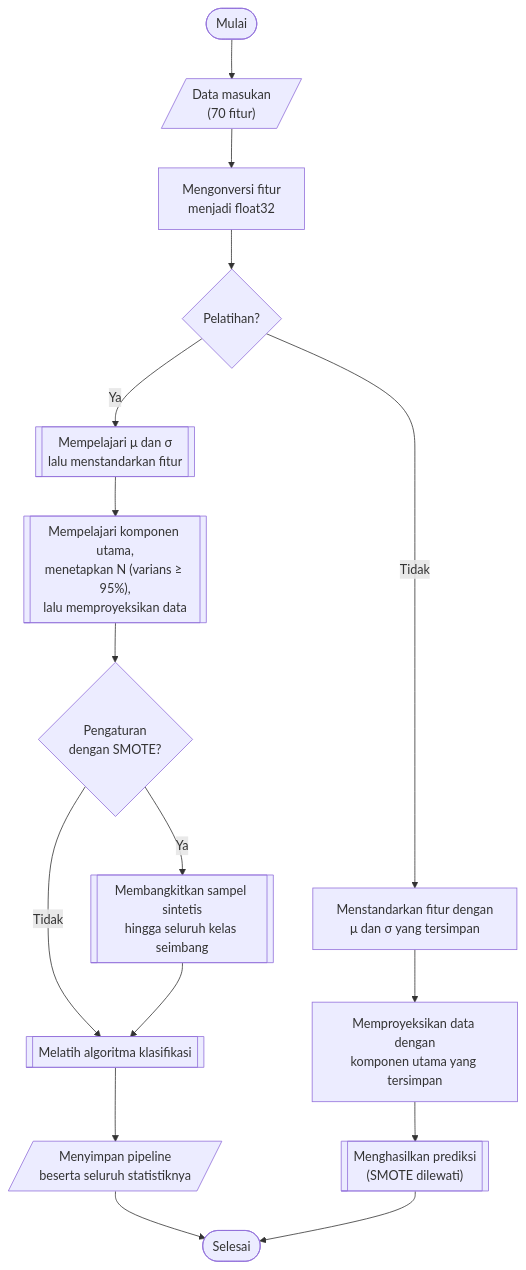
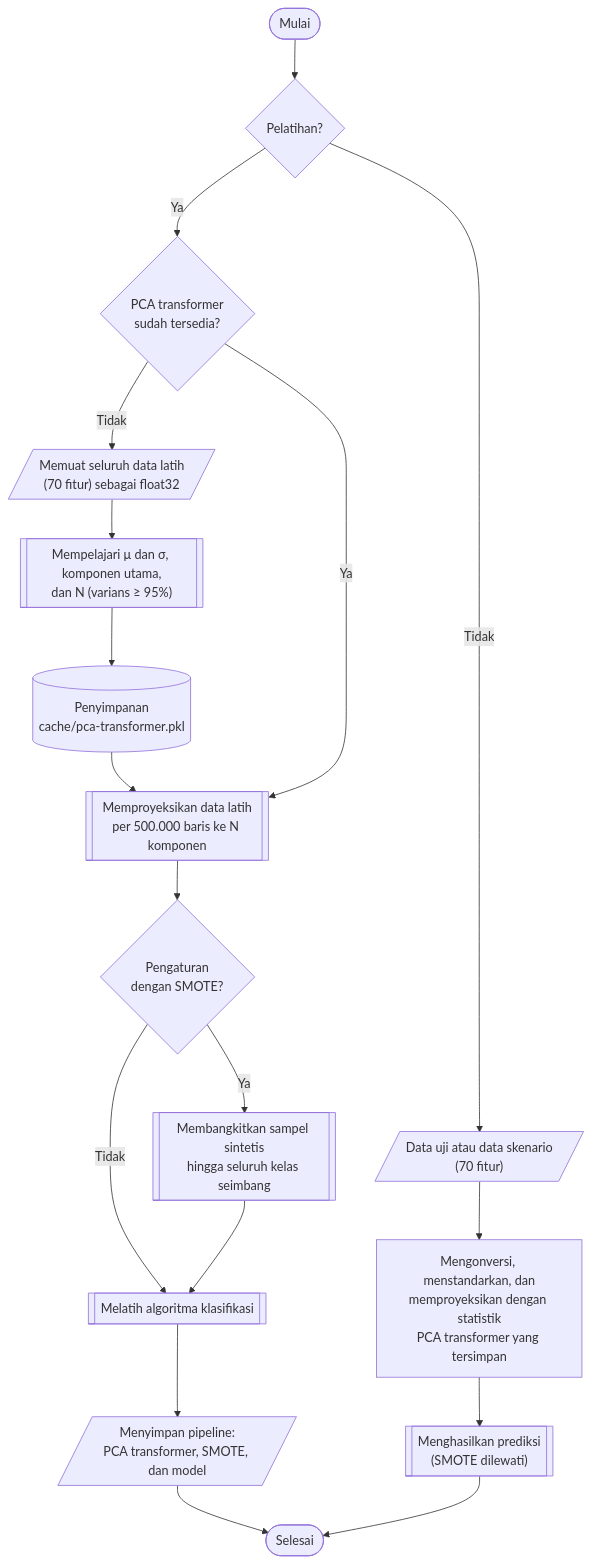
The diagram in thesis/04_bab_04/07_pipeline_praproses.md (JoxNeis/mlids-robustness), drawn with Mermaid before and after one commit. The commit also changed other lines of this file and 14 other files, not shown here.

````diff
--- a/thesis/04_bab_04/07_pipeline_praproses.md
+++ b/thesis/04_bab_04/07_pipeline_praproses.md
@@ -55,21 +59,23 @@
 ```mermaid
 flowchart TD
     mulai(["Mulai"])
-    mulai --> masukan[/"Data masukan<br>(70 fitur)"/]
-    masukan --> cast["Mengonversi fitur<br>menjadi float32"]
-    cast --> mode{"Pelatihan?"}
+    mulai --> mode{"Pelatihan?"}
 
-    mode -->|"Ya"| fit_scaler[["Mempelajari μ dan σ<br>lalu menstandarkan fitur"]]
-    fit_scaler --> fit_pca[["Mempelajari komponen utama,<br>menetapkan N (varians ≥ 95%),<br>lalu memproyeksikan data"]]
-    fit_pca --> cek_smote{"Pengaturan<br>dengan SMOTE?"}
+    mode -->|"Ya"| cek_pca{"PCA transformer<br>sudah tersedia?"}
+    cek_pca -->|"Tidak"| muat[/"Memuat seluruh data latih<br>(70 fitur) sebagai float32"/]
+    muat --> fit_pca[["Mempelajari μ dan σ, komponen utama,<br>dan N (varians ≥ 95%)"]]
+    fit_pca --> simpan_pca[("Penyimpanan<br>cache/pca-transformer.pkl")]
+    simpan_pca --> transform
+    cek_pca -->|"Ya"| transform[["Memproyeksikan data latih<br>per 500.000 baris ke N komponen"]]
+    transform --> cek_smote{"Pengaturan<br>dengan SMOTE?"}
     cek_smote -->|"Ya"| smote[["Membangkitkan sampel sintetis<br>hingga seluruh kelas seimbang"]]
     cek_smote -->|"Tidak"| latih
     smote --> latih[["Melatih algoritma klasifikasi"]]
-    latih --> simpan[/"Menyimpan pipeline<br>beserta seluruh statistiknya"/]
+    latih --> simpan[/"Menyimpan pipeline:<br>PCA transformer, SMOTE, dan model"/]
     simpan --> selesai(["Selesai"])
 
-    mode -->|"Tidak"| scaler["Menstandarkan fitur dengan<br>μ dan σ yang tersimpan"]
-    scaler --> pca["Memproyeksikan data dengan<br>komponen utama yang tersimpan"]
-    pca --> prediksi[["Menghasilkan prediksi<br>(SMOTE dilewati)"]]
+    mode -->|"Tidak"| masukan[/"Data uji atau data skenario<br>(70 fitur)"/]
+    masukan --> proyeksi["Mengonversi, menstandarkan, dan<br>memproyeksikan dengan statistik<br>PCA transformer yang tersimpan"]
+    proyeksi --> prediksi[["Menghasilkan prediksi<br>(SMOTE dilewati)"]]
     prediksi --> selesai
 ```
````
